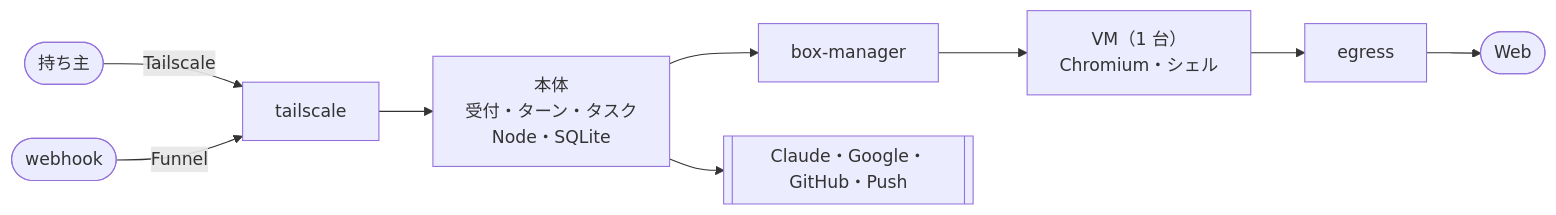
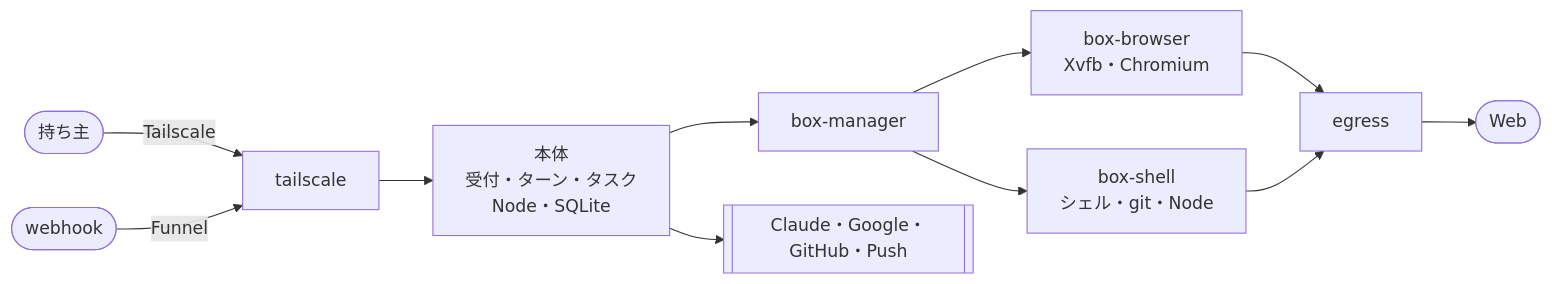
One commit to itiwoja/agent-team changed the diagram in docs/design/11_tech_spec.md. Above: the diagram before and after it, drawn with Mermaid. The commit also changed other lines of this file and 34 other files, not shown here.

````diff
--- a/docs/design/11_tech_spec.md
+++ b/docs/design/11_tech_spec.md
@@ -13,11 +13,13 @@
 ```mermaid
 flowchart LR
  O(["持ち主"]) -->|"Tailscale"| TS["tailscale"]
  GH(["webhook"]) -->|"Funnel"| TS
  TS --> CORE["本体<br/>受付・ターン・タスク<br/>Node・SQLite"]
  CORE --> BM["box-manager"]
- BM --> BOX["VM（1 台）<br/>Chromium・シェル"]
- BOX --> EG["egress"]
+ BM --> BB["box-browser<br/>Xvfb・Chromium"]
+ BM --> BS["box-shell<br/>シェル・git・Node"]
+ BB --> EG["egress"]
+ BS --> EG
  EG --> WEB(["Web"])
  CORE --> EXT[["Claude・Google・GitHub・Push"]]
 ```
````
